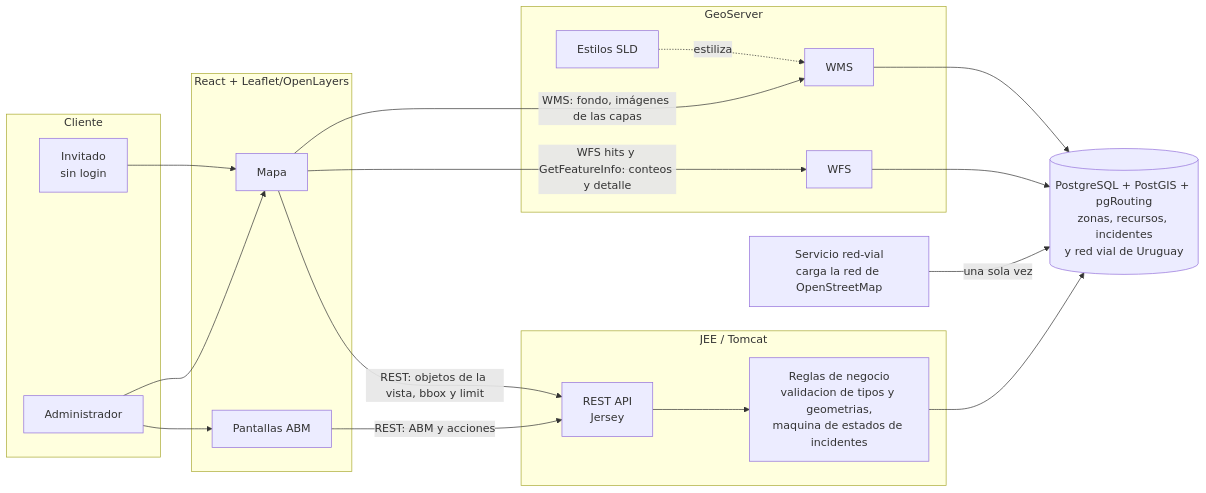
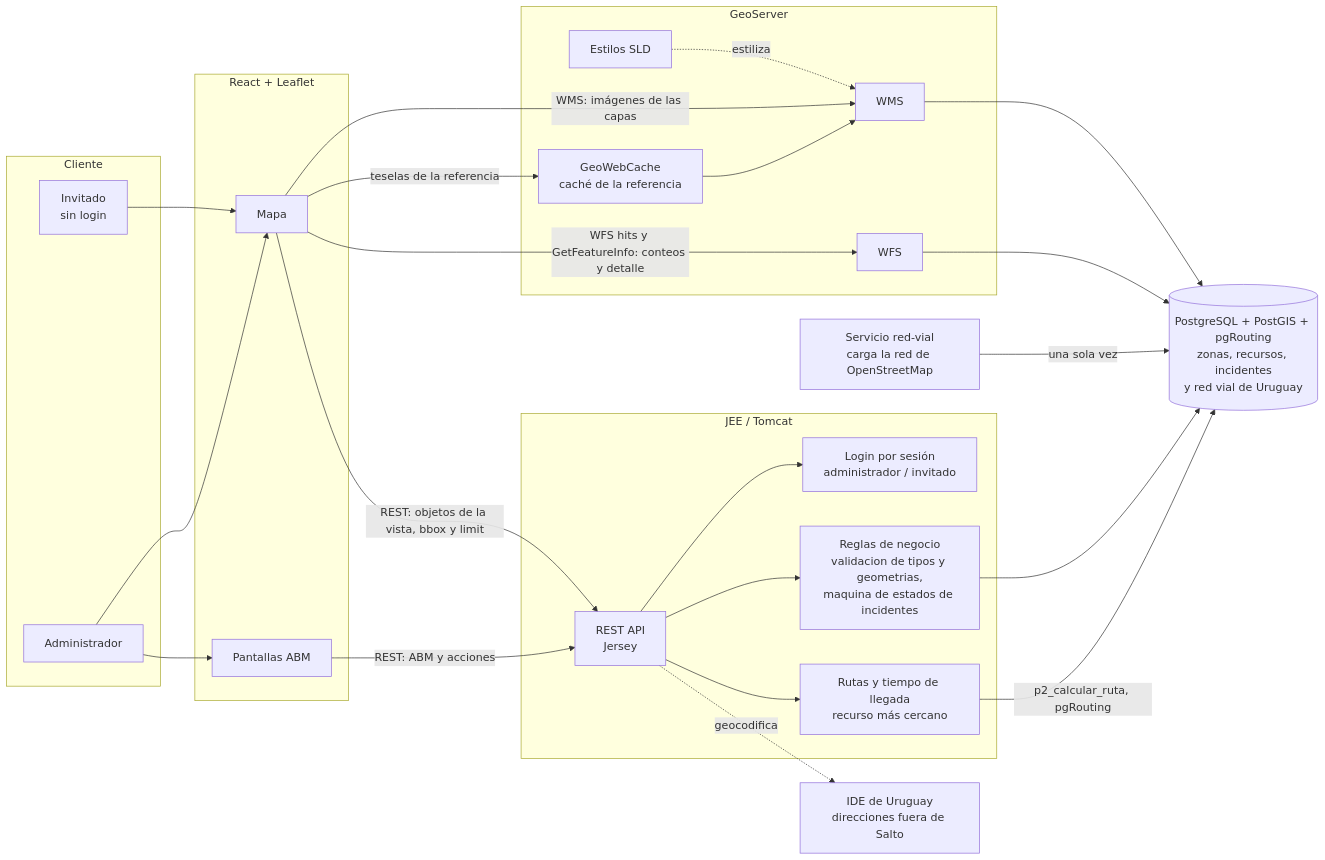
The first of 3 diagrams in docs/diagramas/arquitectura.md (Facu185/geotravel), drawn with Mermaid before and after one commit. The commit also changed other lines of this file and 10 other files, not shown here.

````diff
--- a/docs/diagramas/arquitectura.md
+++ b/docs/diagramas/arquitectura.md
@@ -3,41 +3,50 @@
 ```mermaid
 flowchart LR
     subgraph Cliente
         Invitado[Invitado<br/>sin login]
         Admin[Administrador]
     end
 
-    subgraph Frontend[React + Leaflet/OpenLayers]
+    subgraph Frontend[React + Leaflet]
         Mapa[Mapa]
         ABM[Pantallas ABM]
     end
 
     subgraph Backend[JEE / Tomcat]
         API[REST API<br/>Jersey]
+        Auth[Login por sesión<br/>administrador / invitado]
         Reglas[Reglas de negocio<br/>validacion de tipos y geometrias,<br/>maquina de estados de incidentes]
+        Rutas[Rutas y tiempo de llegada<br/>recurso más cercano]
     end
 
     subgraph GeoServer
         WMS[WMS]
         WFS[WFS]
         SLD[Estilos SLD]
+        GWC[GeoWebCache<br/>caché de la referencia]
     end
 
     DB[(PostgreSQL + PostGIS + pgRouting<br/>zonas, recursos, incidentes<br/>y red vial de Uruguay)]
     RedVial[Servicio red-vial<br/>carga la red de OpenStreetMap]
+    IDE[IDE de Uruguay<br/>direcciones fuera de Salto]
 
     Invitado --> Mapa
     Admin --> Mapa
     Admin --> ABM
 
-    Mapa -->|WMS: fondo, imágenes de las capas| WMS
+    Mapa -->|WMS: imágenes de las capas| WMS
+    Mapa -->|teselas de la referencia| GWC
     Mapa -->|WFS hits y GetFeatureInfo: conteos y detalle| WFS
     Mapa -->|REST: objetos de la vista, bbox y limit| API
     ABM -->|REST: ABM y acciones| API
 
+    API --> Auth
     API --> Reglas --> DB
+    API --> Rutas -->|p2_calcular_ruta, pgRouting| DB
+    API -.geocodifica.-> IDE
     RedVial -->|una sola vez| DB
     WMS --> DB
     WFS --> DB
+    GWC --> WMS
     SLD -.estiliza.-> WMS
 ```
````
